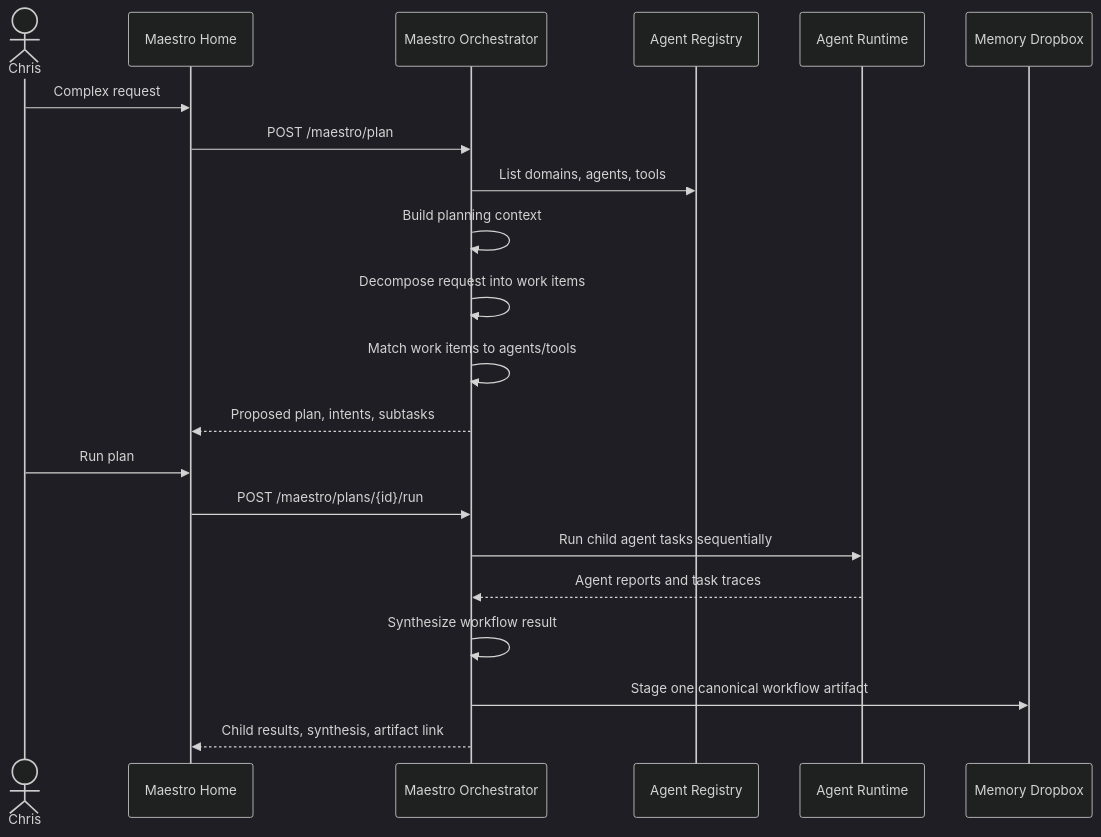
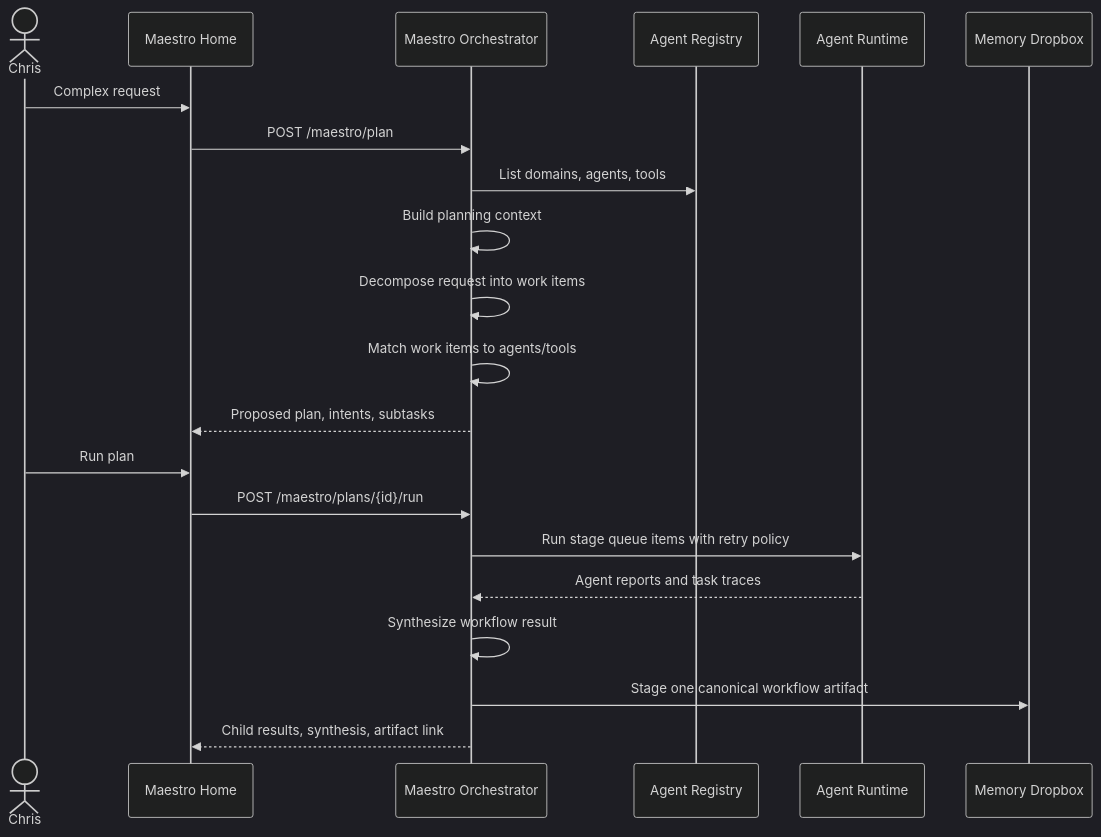
Before and after one commit to Caliperti1/Maestro: the diagram in docs/MAESTRO_ORCHESTRATOR.md, drawn with Mermaid (dark theme). The commit also changed other lines of this file and 5 other files, not shown here.

````diff
--- a/docs/MAESTRO_ORCHESTRATOR.md
+++ b/docs/MAESTRO_ORCHESTRATOR.md
@@ -9,24 +9,24 @@
 ```mermaid
 sequenceDiagram
     actor Chris
     participant UI as Maestro Home
     participant Orchestrator as Maestro Orchestrator
     participant Registry as Agent Registry
     participant Runtime as Agent Runtime
     participant Memory as Memory Dropbox
 
     Chris->>UI: Complex request
     UI->>Orchestrator: POST /maestro/plan
     Orchestrator->>Registry: List domains, agents, tools
     Orchestrator->>Orchestrator: Build planning context
     Orchestrator->>Orchestrator: Decompose request into work items
     Orchestrator->>Orchestrator: Match work items to agents/tools
     Orchestrator-->>UI: Proposed plan, intents, subtasks
     Chris->>UI: Run plan
     UI->>Orchestrator: POST /maestro/plans/{id}/run
-    Orchestrator->>Runtime: Run child agent tasks sequentially
+    Orchestrator->>Runtime: Run stage queue items with retry policy
     Runtime-->>Orchestrator: Agent reports and task traces
     Orchestrator->>Orchestrator: Synthesize workflow result
     Orchestrator->>Memory: Stage one canonical workflow artifact
     Orchestrator-->>UI: Child results, synthesis, artifact link
 ```
````
